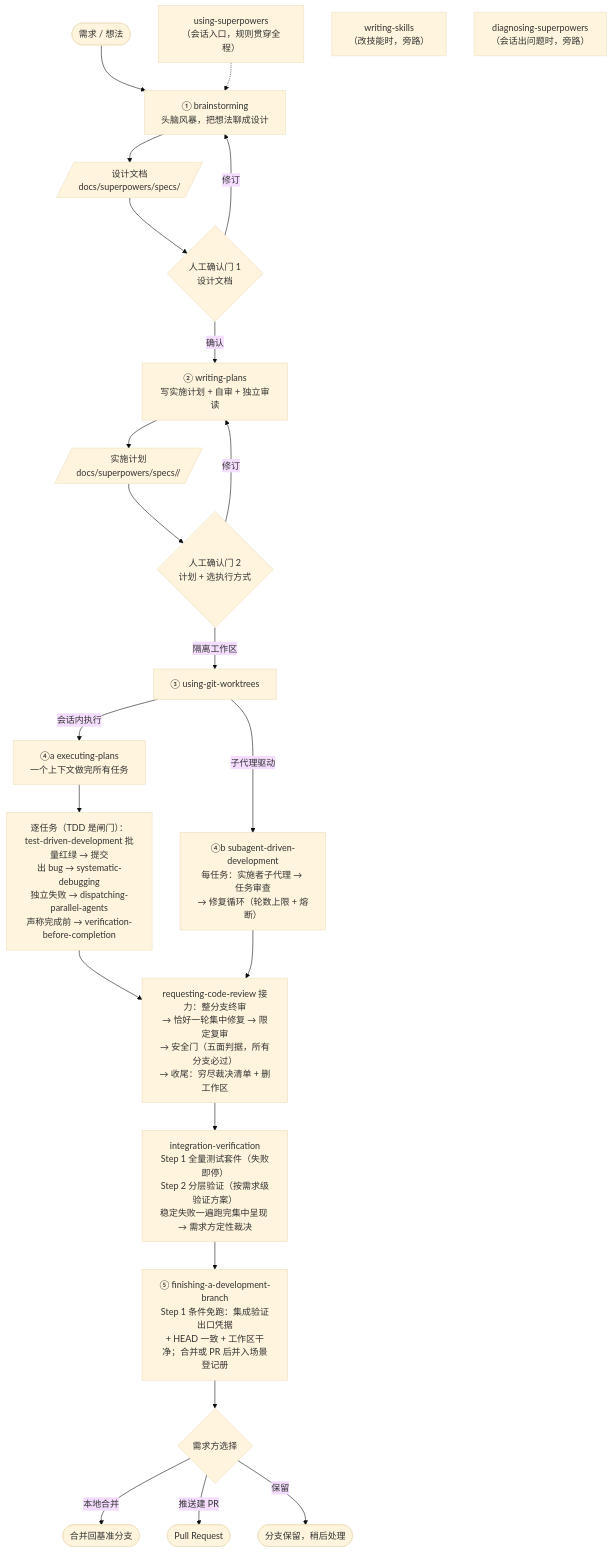
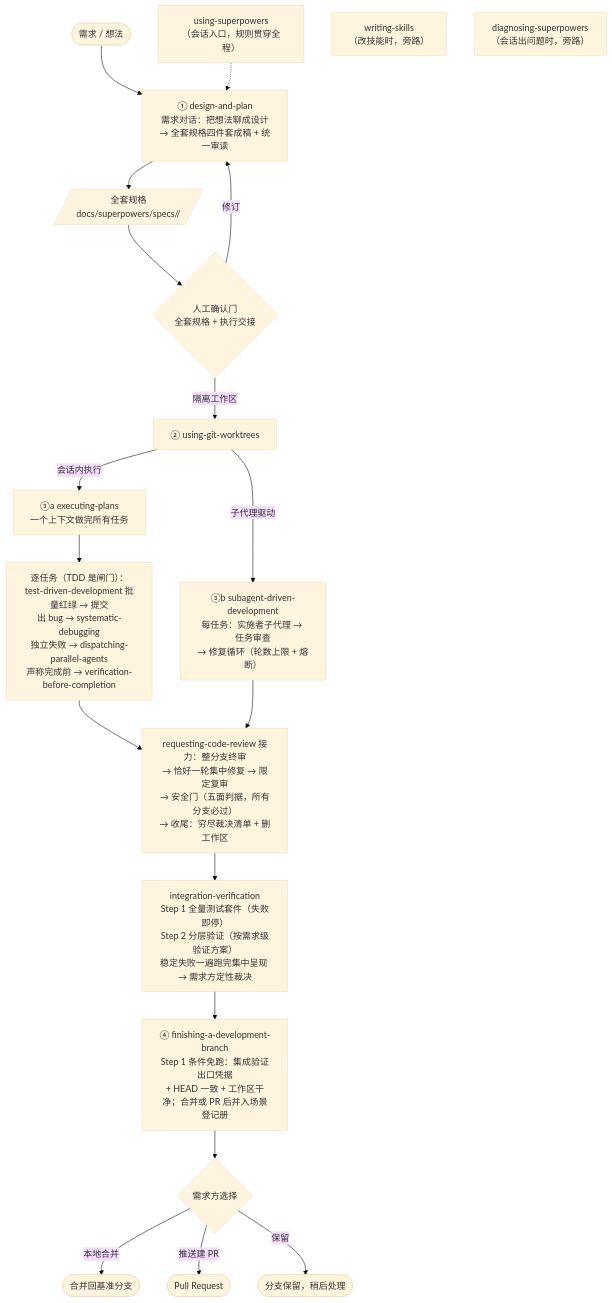
Before and after one commit to chuxiao/superpowers: the diagram in docs/skills-map.md, drawn with Mermaid (base theme). The commit also changed other lines of this file and 63 other files, not shown here.

First line of the commit message:
合并 brainstorming 与 writing-plans 为 design-and-plan（重组前底稿）

````diff
--- a/docs/skills-map.md
+++ b/docs/skills-map.md
@@ -8,32 +8,28 @@
 ```mermaid
 flowchart TD
     US["using-superpowers<br/>（会话入口，规则贯穿全程）"]
-    IDEA([需求 / 想法]) --> BS
-    US -.-> BS
+    IDEA([需求 / 想法]) --> DP
+    US -.-> DP
 
-    BS["① brainstorming<br/>头脑风暴，把想法聊成设计"] --> SPEC[/"设计文档<br/>docs/superpowers/specs/"/]
-    SPEC --> G1{"人工确认门 1<br/>设计文档"}
-    G1 -- "修订" --> BS
-    G1 -- "确认" --> WP["② writing-plans<br/>写实施计划 + 自审 + 独立审读"]
-    WP --> PLAN[/"实施计划<br/>docs/superpowers/specs/<date-feature>/"/]
-    PLAN --> G2{"人工确认门 2<br/>计划 + 选执行方式"}
-    G2 -- "修订" --> WP
+    DP["① design-and-plan<br/>需求对话：把想法聊成设计<br/>→ 全套规格四件套成稿 + 统一审读"] --> SPEC[/"全套规格<br/>docs/superpowers/specs/<date-feature>/"/]
+    SPEC --> G1{"人工确认门<br/>全套规格 + 执行交接"}
+    G1 -- "修订" --> DP
 
-    G2 -- "隔离工作区" --> WT["③ using-git-worktrees"]
-    WT -- "会话内执行" --> EP["④a executing-plans<br/>一个上下文做完所有任务"]
-    WT -- "子代理驱动" --> SDD["④b subagent-driven-development<br/>每任务：实施者子代理 → 任务审查<br/>→ 修复循环（轮数上限 + 熔断）"]
+    G1 -- "隔离工作区" --> WT["② using-git-worktrees"]
+    WT -- "会话内执行" --> EP["③a executing-plans<br/>一个上下文做完所有任务"]
+    WT -- "子代理驱动" --> SDD["③b subagent-driven-development<br/>每任务：实施者子代理 → 任务审查<br/>→ 修复循环（轮数上限 + 熔断）"]
 
     EP --> LOOP["逐任务（TDD 是闸门）：<br/>test-driven-development 批量红绿 → 提交<br/>出 bug → systematic-debugging<br/>独立失败 → dispatching-parallel-agents<br/>声称完成前 → verification-before-completion"]
     LOOP --> CR
 
     SDD --> CR["requesting-code-review 接力：整分支终审<br/>→ 恰好一轮集中修复 → 限定复审<br/>→ 安全门（五面判据，所有分支必过）<br/>→ 收尾：穷尽裁决清单 + 删工作区"]
     CR --> IV["integration-verification<br/>Step 1 全量测试套件（失败即停）<br/>Step 2 分层验证（按需求级验证方案）<br/>稳定失败一遍跑完集中呈现 → 需求方定性裁决"]
-    IV --> FIN["⑤ finishing-a-development-branch<br/>Step 1 条件免跑：集成验证出口凭据<br/>+ HEAD 一致 + 工作区干净；合并或 PR 后并入场景登记册"]
+    IV --> FIN["④ finishing-a-development-branch<br/>Step 1 条件免跑：集成验证出口凭据<br/>+ HEAD 一致 + 工作区干净；合并或 PR 后并入场景登记册"]
     FIN --> DEC{"需求方选择"}
     DEC -- "本地合并" --> M([合并回基准分支])
     DEC -- "推送建 PR" --> P([Pull Request])
     DEC -- "保留" --> K([分支保留，稍后处理])
 
     WS["writing-skills<br/>（改技能时，旁路）"]
     DS["diagnosing-superpowers<br/>（会话出问题时，旁路）"]
 ```
````
